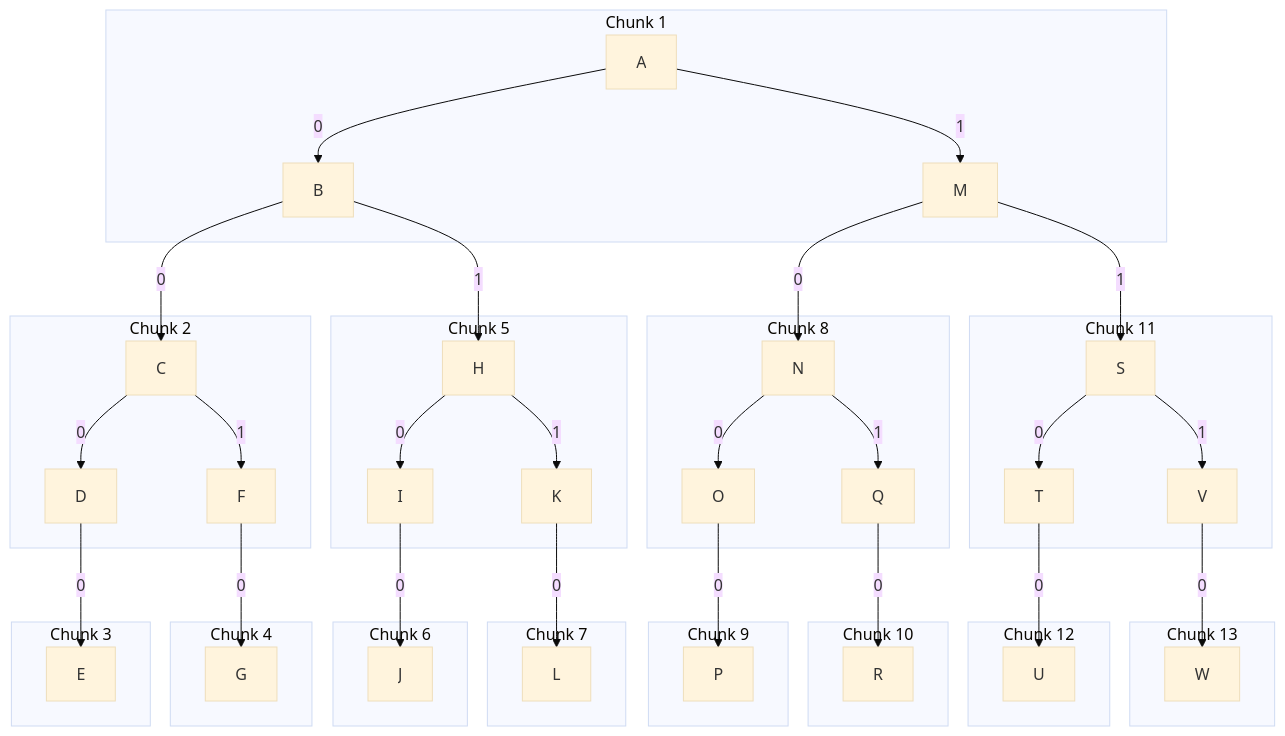
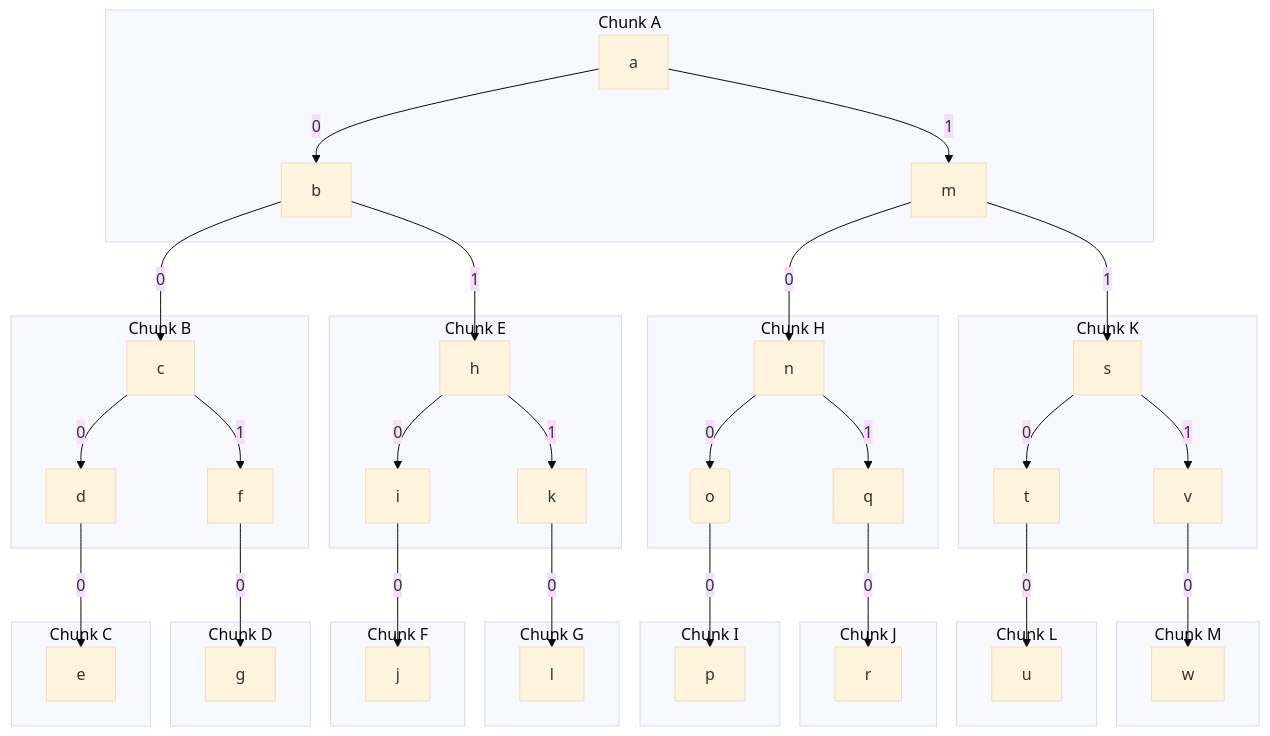
Diagram 19 of 29 in packages/dds/tree/docs/wip/treeStorage.md (microsoft/FluidFramework), drawn with Mermaid (base theme) before and after one commit. The commit also changed other lines of this file, not shown here.

````diff
--- a/packages/dds/tree/docs/wip/treeStorage.md
+++ b/packages/dds/tree/docs/wip/treeStorage.md
@@ -437,60 +534,60 @@
 ```mermaid
 graph TD;
-    A--0-->B--0-->C--0-->D--0-->E
-    C--1-->F--0-->G
-    B--1-->H--0-->I--0-->J
-    H--1-->K--0-->L
-    A--1-->M--0-->N--0-->O--0-->P
-    N--1-->Q--0-->R
-    M--1-->S--0-->T--0-->U
-    S--1-->V--0-->W
-    subgraph Chunk 11
-    S
-    T
-    V
+    a--0-->b--0-->c--0-->d--0-->e
+    c--1-->f--0-->g
+    b--1-->h--0-->i--0-->j
+    h--1-->k--0-->l
+    a--1-->m--0-->n--0-->o(o)--0-->p
+    n--1-->q--0-->r
+    m--1-->s--0-->t--0-->u
+    s--1-->v--0-->w
+    subgraph Chunk K
+        s
+        t
+        v
     end
-    subgraph Chunk 13
-    W
+    subgraph Chunk M
+        w
     end
-    subgraph Chunk 12
-    U
+    subgraph Chunk L
+        u
     end
-    subgraph Chunk 8
-    N
-    O
-    Q
+    subgraph Chunk H
+        n
+        o
+        q
     end
-    subgraph Chunk 10
-    R
+    subgraph Chunk J
+        r
     end
-    subgraph Chunk 9
-    P
+    subgraph Chunk I
+        p
     end
-    subgraph Chunk 1
-    A
-    B
-    M
+    subgraph Chunk A
+        a
+        b
+        m
     end
-    subgraph Chunk 5
-    H
-    I
-    K
+    subgraph Chunk E
+        h
+        i
+        k
     end
-    subgraph Chunk 7
-    L
+    subgraph Chunk G
+        l
     end
-    subgraph Chunk 6
-    J
+    subgraph Chunk F
+        j
     end
-    subgraph Chunk 2
-    C
-    D
-    F
+    subgraph Chunk B
+        c
+        d
+        f
     end
-    subgraph Chunk 4
-    G
+    subgraph Chunk D
+        g
     end
-    subgraph Chunk 3
-    E
+    subgraph Chunk C
+        e
     end
 ```
````
